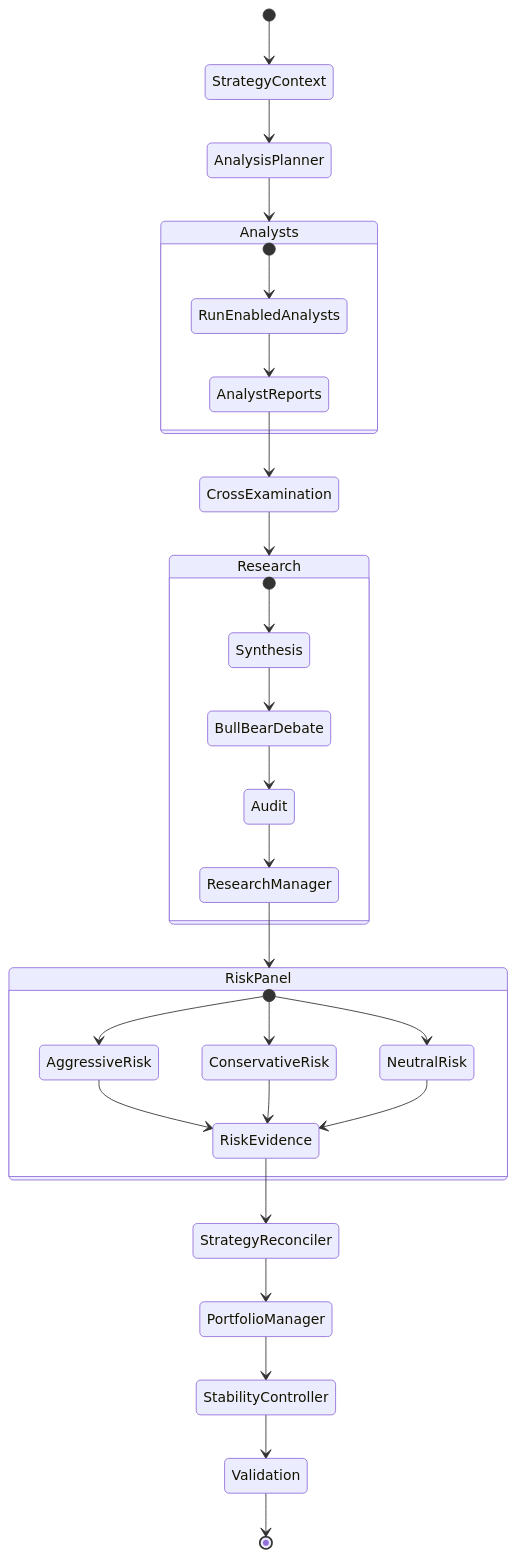
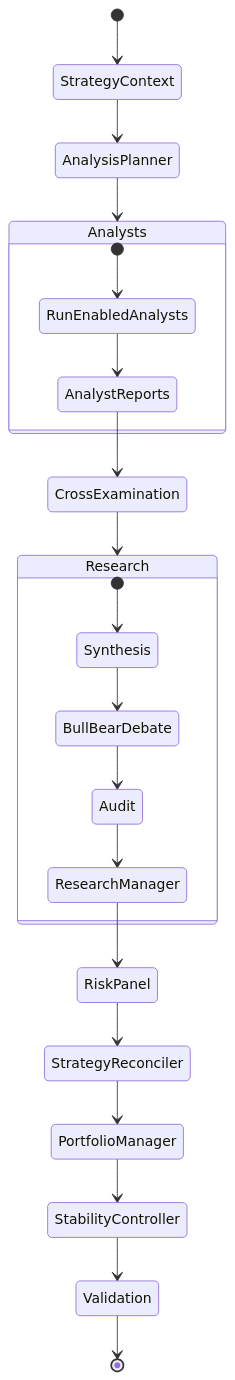
The diagram in docs/architecture/multi_agent_system.md (JustSadY/TradingAgents), drawn with Mermaid before and after one commit. The commit also changed other lines of this file, not shown here.

Commit message:
Document single-node risk panel architecture

````diff
--- a/docs/architecture/multi_agent_system.md
+++ b/docs/architecture/multi_agent_system.md
@@ -9,38 +9,28 @@
 ```mermaid
 stateDiagram-v2
     [*] --> StrategyContext
     StrategyContext --> AnalysisPlanner
     AnalysisPlanner --> Analysts
 
     state Analysts {
         [*] --> RunEnabledAnalysts
         RunEnabledAnalysts --> AnalystReports
     }
 
     AnalystReports --> CrossExamination
     CrossExamination --> Research
 
     state Research {
         [*] --> Synthesis
         Synthesis --> BullBearDebate
         BullBearDebate --> Audit
         Audit --> ResearchManager
     }
 
     ResearchManager --> RiskPanel
-
-    state RiskPanel {
-        [*] --> AggressiveRisk
-        [*] --> ConservativeRisk
-        [*] --> NeutralRisk
-        AggressiveRisk --> RiskEvidence
-        ConservativeRisk --> RiskEvidence
-        NeutralRisk --> RiskEvidence
-    }
-
-    RiskEvidence --> StrategyReconciler
+    RiskPanel --> StrategyReconciler
     StrategyReconciler --> PortfolioManager
     PortfolioManager --> StabilityController
     StabilityController --> Validation
     Validation --> [*]
 ```
````
